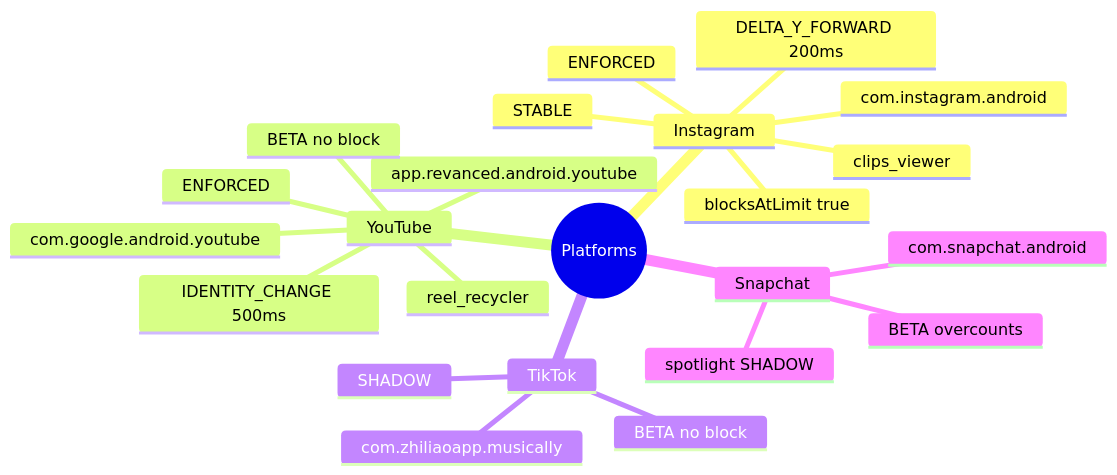
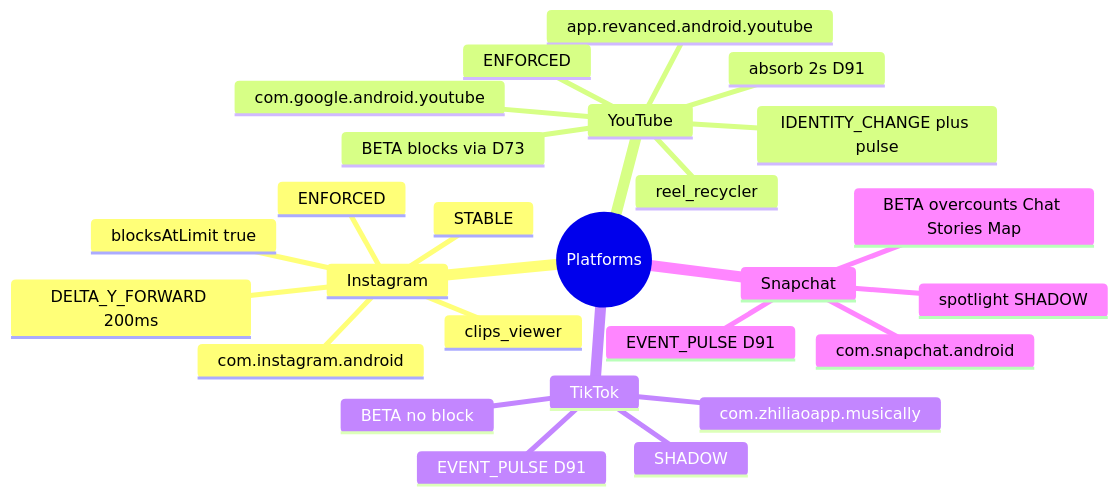
The diagram in ScrollKiller/Platforms.md (BasitScribe/ScrollKiller), drawn with Mermaid before and after one commit. The commit also changed other lines of this file and 22 other files, not shown here.

````diff
--- a/ScrollKiller/Platforms.md
+++ b/ScrollKiller/Platforms.md
@@ -7,26 +7,29 @@
 ```mermaid
 mindmap
   root((Platforms))
     Instagram
       com.instagram.android
       clips_viewer
       ENFORCED
       DELTA_Y_FORWARD 200ms
       STABLE
       blocksAtLimit true
     YouTube
       com.google.android.youtube
       app.revanced.android.youtube
       reel_recycler
       ENFORCED
-      IDENTITY_CHANGE 500ms
-      BETA no block
+      IDENTITY_CHANGE plus pulse
+      absorb 2s D91
+      BETA blocks via D73
     TikTok
       com.zhiliaoapp.musically
+      EVENT_PULSE D91
       SHADOW
       BETA no block
     Snapchat
       com.snapchat.android
+      EVENT_PULSE D91
       spotlight SHADOW
-      BETA overcounts
+      BETA overcounts Chat Stories Map
 ```
````
